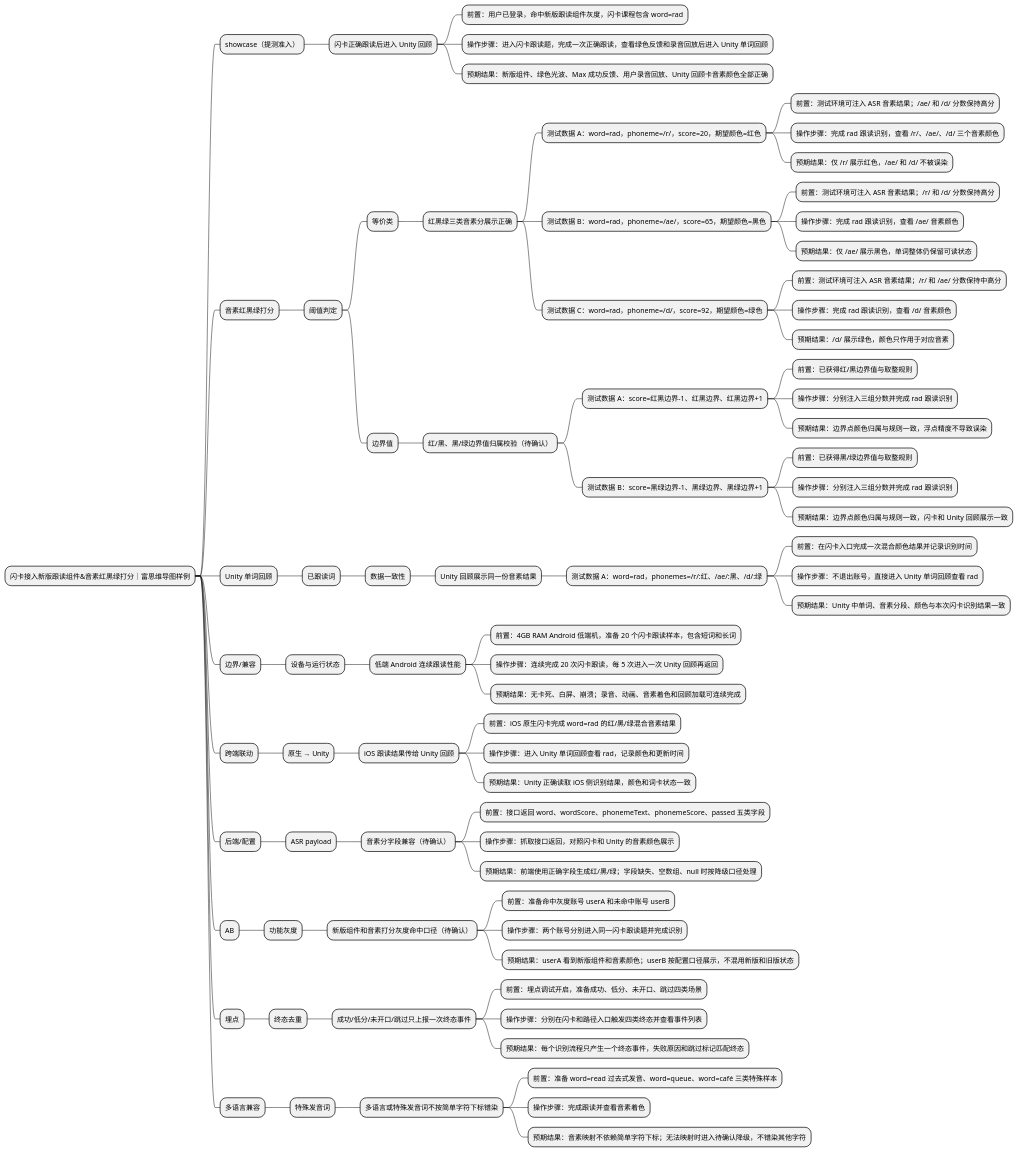
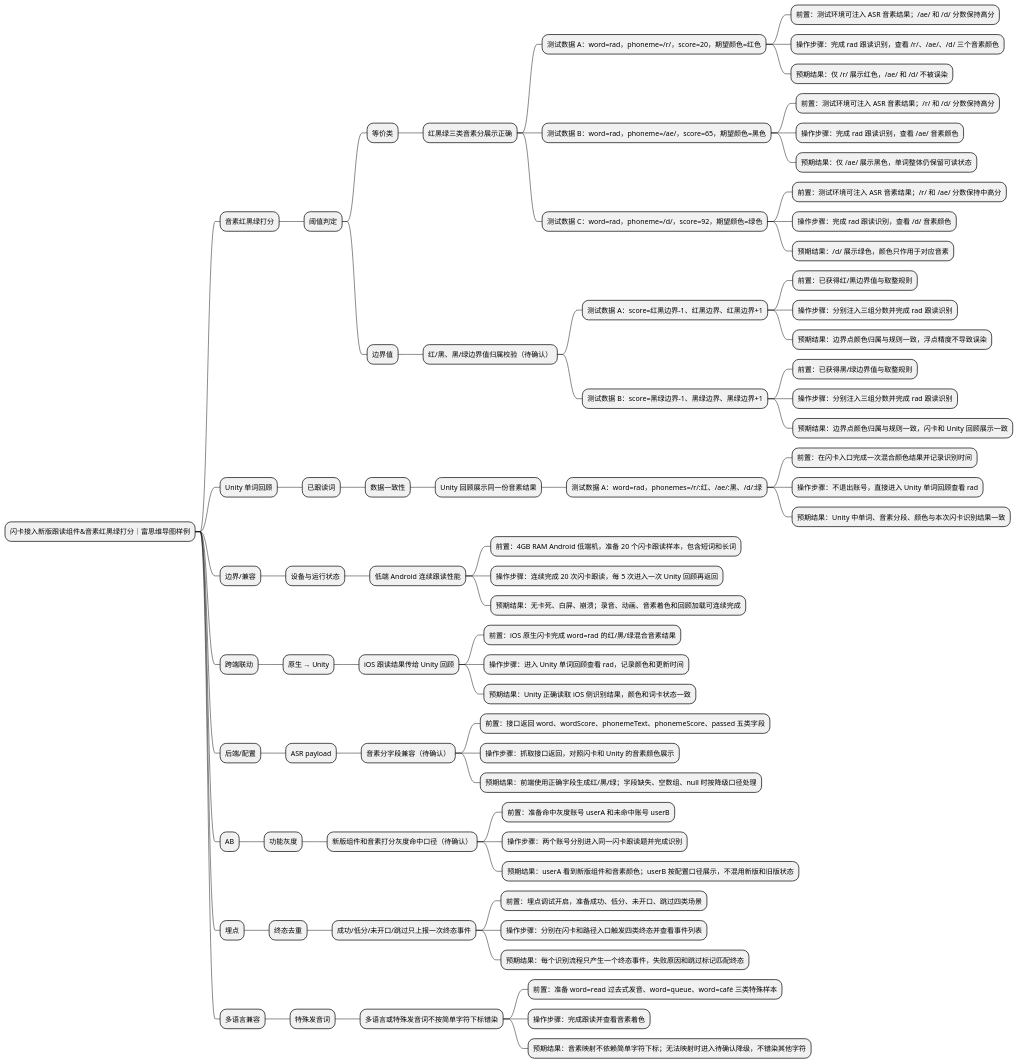
One commit to Areli-ga/qa-common-skill changed the diagram in skills/qa-testcase-design/references/example-mindmap-rich.puml. Above: the diagram before and after it, drawn with PlantUML. The commit also changed 17 other files, not shown here.

First line of the commit message:
feat(qa-testcase-design): 用例改为按端分组的「操作→结果」短链导图，取消 showcase，飞书只留风险视角

```diff
--- a/skills/qa-testcase-design/references/example-mindmap-rich.puml
+++ b/skills/qa-testcase-design/references/example-mindmap-rich.puml
@@ -1,78 +1,73 @@
 @startmindmap
 * 闪卡接入新版跟读组件&音素红黑绿打分｜富思维导图样例
-** showcase（提测准入）
-*** 闪卡正确跟读后进入 Unity 回顾
-**** 前置：用户已登录，命中新版跟读组件灰度，闪卡课程包含 word=rad
-**** 操作步骤：进入闪卡跟读题，完成一次正确跟读，查看绿色反馈和录音回放后进入 Unity 单词回顾
-**** 预期结果：新版组件、绿色光波、Max 成功反馈、用户录音回放、Unity 回顾卡音素颜色全部正确
 ** 音素红黑绿打分
 *** 阈值判定
 **** 等价类
 ***** 红黑绿三类音素分展示正确
 ****** 测试数据 A：word=rad，phoneme=/r/，score=20，期望颜色=红色
 ******* 前置：测试环境可注入 ASR 音素结果；/ae/ 和 /d/ 分数保持高分
 ******* 操作步骤：完成 rad 跟读识别，查看 /r/、/ae/、/d/ 三个音素颜色
 ******* 预期结果：仅 /r/ 展示红色，/ae/ 和 /d/ 不被误染
 ****** 测试数据 B：word=rad，phoneme=/ae/，score=65，期望颜色=黑色
 ******* 前置：测试环境可注入 ASR 音素结果；/r/ 和 /d/ 分数保持高分
 ******* 操作步骤：完成 rad 跟读识别，查看 /ae/ 音素颜色
 ******* 预期结果：仅 /ae/ 展示黑色，单词整体仍保留可读状态
 ****** 测试数据 C：word=rad，phoneme=/d/，score=92，期望颜色=绿色
 ******* 前置：测试环境可注入 ASR 音素结果；/r/ 和 /ae/ 分数保持中高分
 ******* 操作步骤：完成 rad 跟读识别，查看 /d/ 音素颜色
 ******* 预期结果：/d/ 展示绿色，颜色只作用于对应音素
 **** 边界值
 ***** 红/黑、黑/绿边界值归属校验（待确认）
 ****** 测试数据 A：score=红黑边界-1、红黑边界、红黑边界+1
 ******* 前置：已获得红/黑边界值与取整规则
 ******* 操作步骤：分别注入三组分数并完成 rad 跟读识别
 ******* 预期结果：边界点颜色归属与规则一致，浮点精度不导致误染
 ****** 测试数据 B：score=黑绿边界-1、黑绿边界、黑绿边界+1
 ******* 前置：已获得黑/绿边界值与取整规则
 ******* 操作步骤：分别注入三组分数并完成 rad 跟读识别
 ******* 预期结果：边界点颜色归属与规则一致，闪卡和 Unity 回顾展示一致
 ** Unity 单词回顾
 *** 已跟读词
 **** 数据一致性
 ***** Unity 回顾展示同一份音素结果
 ****** 测试数据 A：word=rad，phonemes=/r/:红、/ae/:黑、/d/:绿
 ******* 前置：在闪卡入口完成一次混合颜色结果并记录识别时间
 ******* 操作步骤：不退出账号，直接进入 Unity 单词回顾查看 rad
 ******* 预期结果：Unity 中单词、音素分段、颜色与本次闪卡识别结果一致
 ** 边界/兼容
 *** 设备与运行状态
 **** 低端 Android 连续跟读性能
 ***** 前置：4GB RAM Android 低端机，准备 20 个闪卡跟读样本，包含短词和长词
 ***** 操作步骤：连续完成 20 次闪卡跟读，每 5 次进入一次 Unity 回顾再返回
 ***** 预期结果：无卡死、白屏、崩溃；录音、动画、音素着色和回顾加载可连续完成
 ** 跨端联动
 *** 原生 → Unity
 **** iOS 跟读结果传给 Unity 回顾
 ***** 前置：iOS 原生闪卡完成 word=rad 的红/黑/绿混合音素结果
 ***** 操作步骤：进入 Unity 单词回顾查看 rad，记录颜色和更新时间
 ***** 预期结果：Unity 正确读取 iOS 侧识别结果，颜色和词卡状态一致
 ** 后端/配置
 *** ASR payload
 **** 音素分字段兼容（待确认）
 ***** 前置：接口返回 word、wordScore、phonemeText、phonemeScore、passed 五类字段
 ***** 操作步骤：抓取接口返回，对照闪卡和 Unity 的音素颜色展示
 ***** 预期结果：前端使用正确字段生成红/黑/绿；字段缺失、空数组、null 时按降级口径处理
 ** AB
 *** 功能灰度
 **** 新版组件和音素打分灰度命中口径（待确认）
 ***** 前置：准备命中灰度账号 userA 和未命中账号 userB
 ***** 操作步骤：两个账号分别进入同一闪卡跟读题并完成识别
 ***** 预期结果：userA 看到新版组件和音素颜色；userB 按配置口径展示，不混用新版和旧版状态
 ** 埋点
 *** 终态去重
 **** 成功/低分/未开口/跳过只上报一次终态事件
 ***** 前置：埋点调试开启，准备成功、低分、未开口、跳过四类场景
 ***** 操作步骤：分别在闪卡和路径入口触发四类终态并查看事件列表
 ***** 预期结果：每个识别流程只产生一个终态事件，失败原因和跳过标记匹配终态
 ** 多语言兼容
 *** 特殊发音词
 **** 多语言或特殊发音词不按简单字符下标错染
 ***** 前置：准备 word=read 过去式发音、word=queue、word=café 三类特殊样本
 ***** 操作步骤：完成跟读并查看音素着色
 ***** 预期结果：音素映射不依赖简单字符下标；无法映射时进入待确认降级，不错染其他字符
 @endmindmap
```
